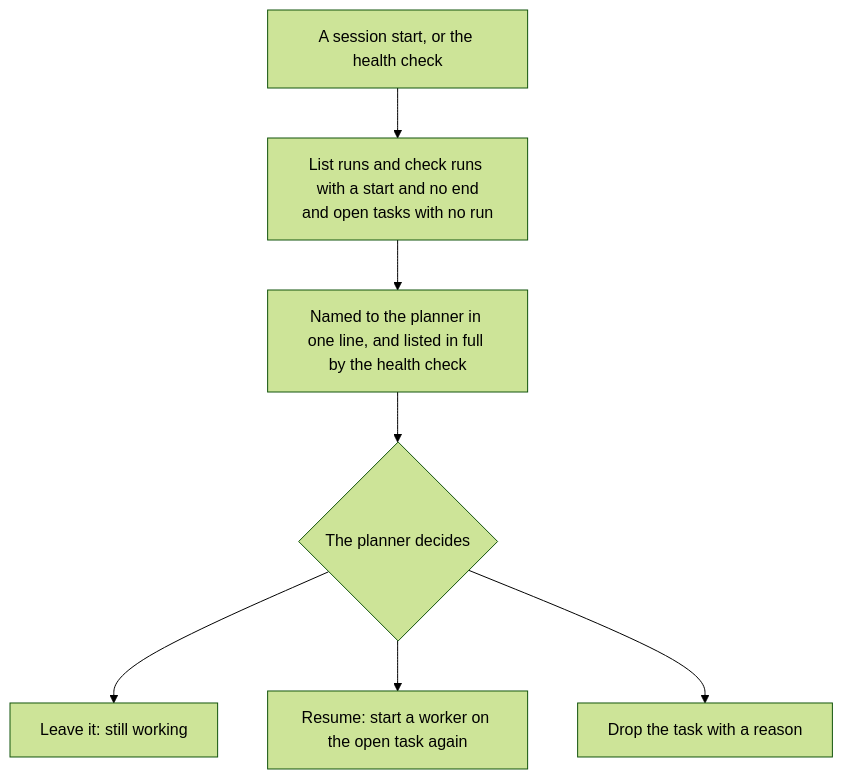
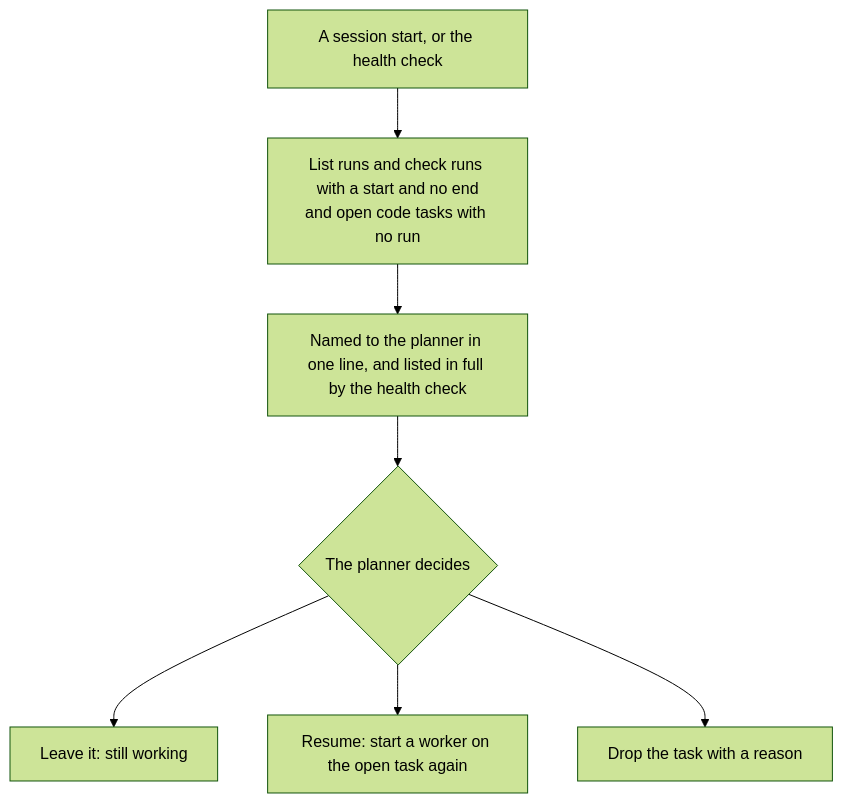
The ninth of 12 diagrams in docs/architecture/TRAJECTORY.md (trustmybot/tmb), drawn with Mermaid (forest theme) before and after one commit. The commit also changed other lines of this file and 11 other files, not shown here.

````diff
--- a/docs/architecture/TRAJECTORY.md
+++ b/docs/architecture/TRAJECTORY.md
@@ -283,9 +284,9 @@
 ```mermaid
 flowchart TD
-    A["A session start, or the health check"] --> B["List runs and check runs with a start and no end<br/>and open tasks with no run"]
+    A["A session start, or the health check"] --> B["List runs and check runs with a start and no end<br/>and open code tasks with no run"]
     B --> C["Named to the planner in one line, and listed in full by the health check"]
     C --> D{The planner decides}
     D --> E["Leave it: still working"]
     D --> F["Resume: start a worker on the open task again"]
     D --> G[Drop the task with a reason]
 ```
````
